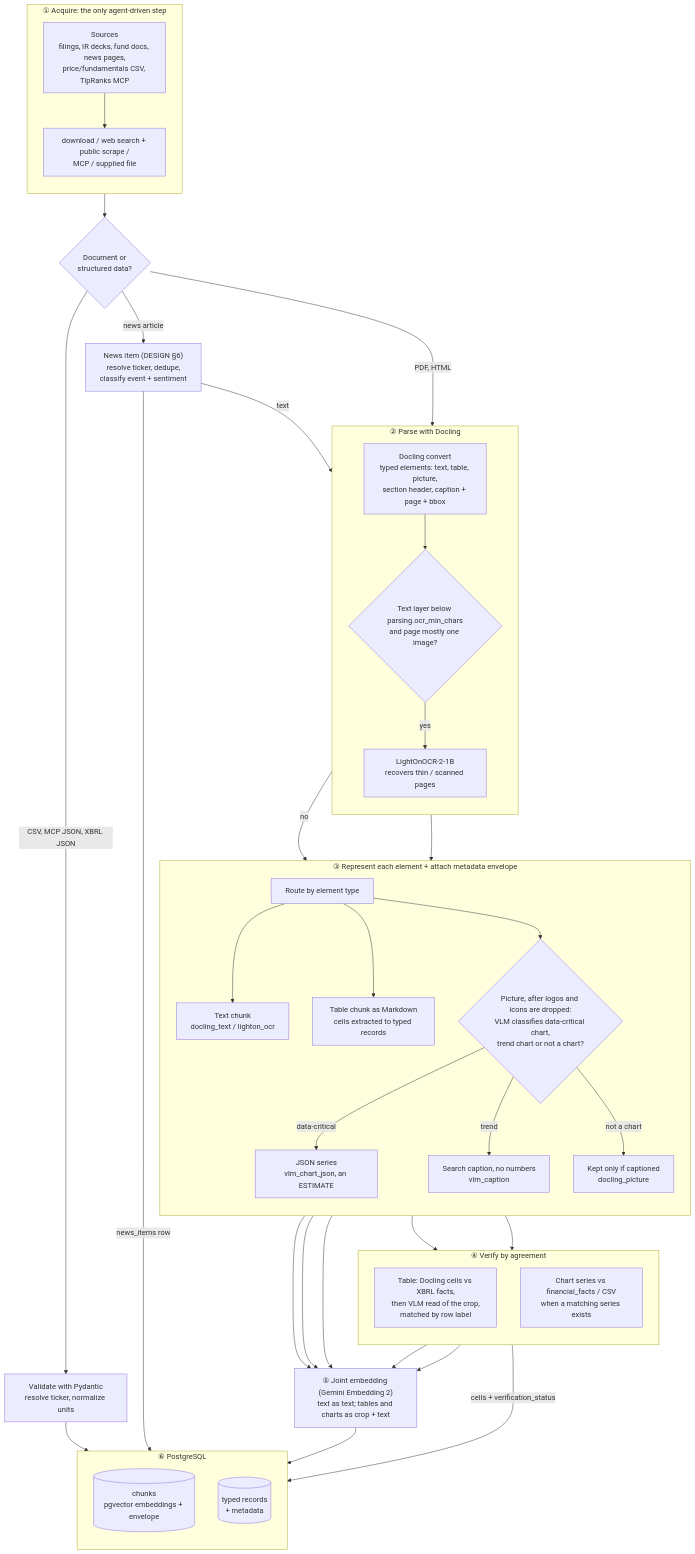
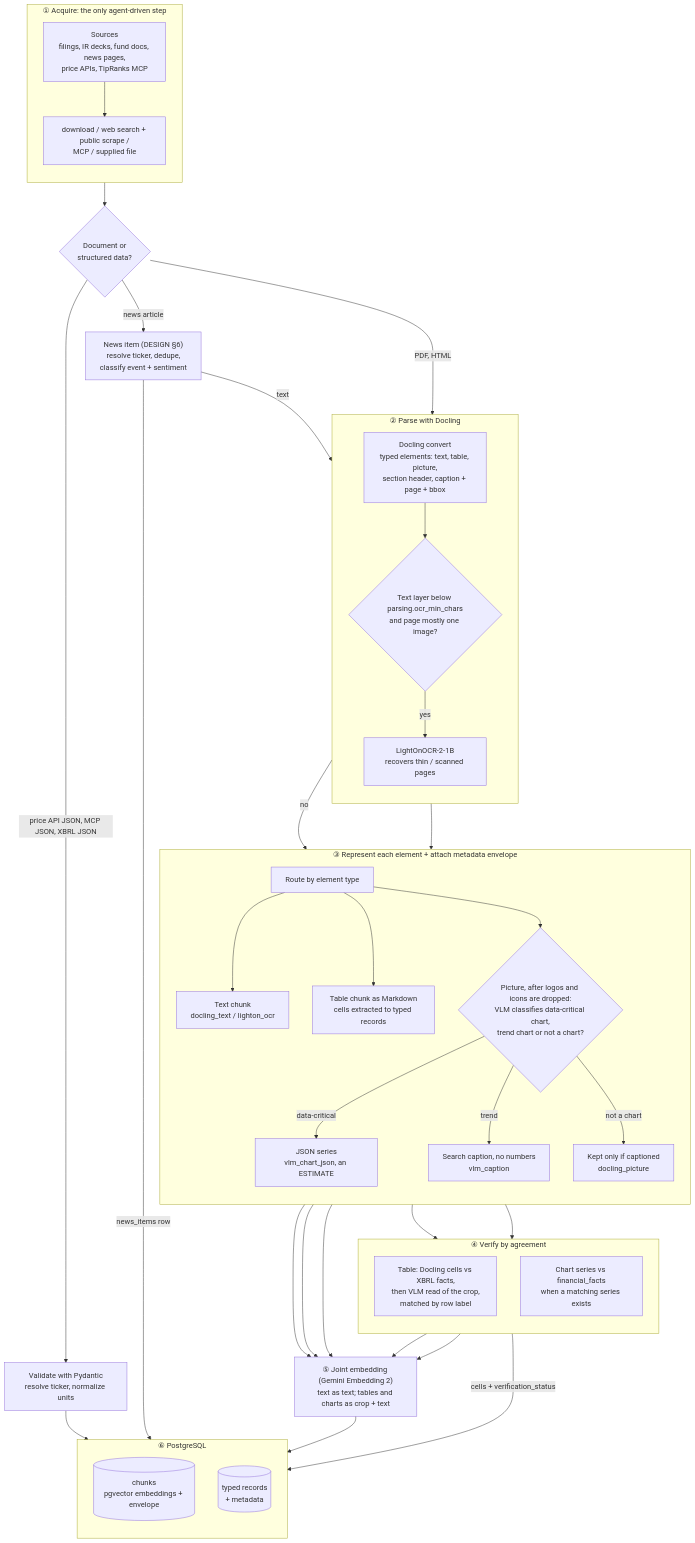
Before and after one commit to chazyman/financial-agent-capstone: the second of 5 diagrams in PROPOSAL.md, drawn with Mermaid. The commit also changed other lines of this file and 2 other files, not shown here.

````diff
--- a/PROPOSAL.md
+++ b/PROPOSAL.md
@@ -173,72 +173,72 @@
 ```mermaid
 flowchart TB
     subgraph ACQ["① Acquire: the only agent-driven step"]
         direction TB
-        A["Sources<br/>filings, IR decks, fund docs, news pages,<br/>price/fundamentals CSV, TipRanks MCP"]
+        A["Sources<br/>filings, IR decks, fund docs, news pages,<br/>price APIs, TipRanks MCP"]
         B1["download / web search + public scrape /<br/>MCP / supplied file"]
         A --> B1
     end
 
     B1 --> KIND{"Document or<br/>structured data?"}
-    KIND -->|"CSV, MCP JSON, XBRL JSON"| VAL["Validate with Pydantic<br/>resolve ticker, normalize units"]
+    KIND -->|"price API JSON, MCP JSON, XBRL JSON"| VAL["Validate with Pydantic<br/>resolve ticker, normalize units"]
 
     subgraph PARSE["② Parse with Docling"]
         direction TB
         DOC["Docling convert<br/>typed elements: text, table, picture,<br/>section header, caption + page + bbox"]
         OCRQ{"Text layer below parsing.ocr_min_chars<br/>and page mostly one image?"}
         OCR["LightOnOCR-2-1B<br/>recovers thin / scanned pages"]
         DOC --> OCRQ
         OCRQ -->|yes| OCR
     end
 
     KIND -->|"PDF, HTML"| DOC
     KIND -->|"news article"| NEWS["News item (DESIGN §6)<br/>resolve ticker, dedupe,<br/>classify event + sentiment"]
     NEWS -->|text| DOC
 
     subgraph REP["③ Represent each element + attach metadata envelope"]
         direction TB
         ROUTE["Route by element type"]
         TXT["Text chunk<br/>docling_text / lighton_ocr"]
         TBL["Table chunk as Markdown<br/>cells extracted to typed records"]
         CH{"Picture, after logos and icons are dropped:<br/>VLM classifies data-critical chart,<br/>trend chart or not a chart?"}
         CJ["JSON series<br/>vlm_chart_json, an ESTIMATE"]
         CC["Search caption, no numbers<br/>vlm_caption"]
         PIC["Kept only if captioned<br/>docling_picture"]
         ROUTE --> TXT
         ROUTE --> TBL
         ROUTE --> CH
         CH -->|data-critical| CJ
         CH -->|trend| CC
         CH -->|not a chart| PIC
     end
 
     OCRQ -->|no| ROUTE
     OCR --> ROUTE
 
     subgraph VER["④ Verify by agreement"]
         direction TB
         VT["Table: Docling cells vs XBRL facts,<br/>then VLM read of the crop,<br/>matched by row label"]
-        VC["Chart series vs financial_facts / CSV<br/>when a matching series exists"]
+        VC["Chart series vs financial_facts<br/>when a matching series exists"]
     end
 
     TBL --> VT
     CJ --> VC
 
     EMB["⑤ Joint embedding (Gemini Embedding 2)<br/>text as text; tables and charts as crop + text"]
     TXT --> EMB
     CC --> EMB
     PIC --> EMB
     VT --> EMB
     VC --> EMB
 
     subgraph STORE["⑥ PostgreSQL"]
         direction TB
         C2[("chunks<br/>pgvector embeddings + envelope")]
         C1[("typed records<br/>+ metadata")]
     end
 
     EMB --> C2
     VT -->|cells + verification_status| C1
     VAL --> C1
     NEWS -->|news_items row| C1
 ```
````
